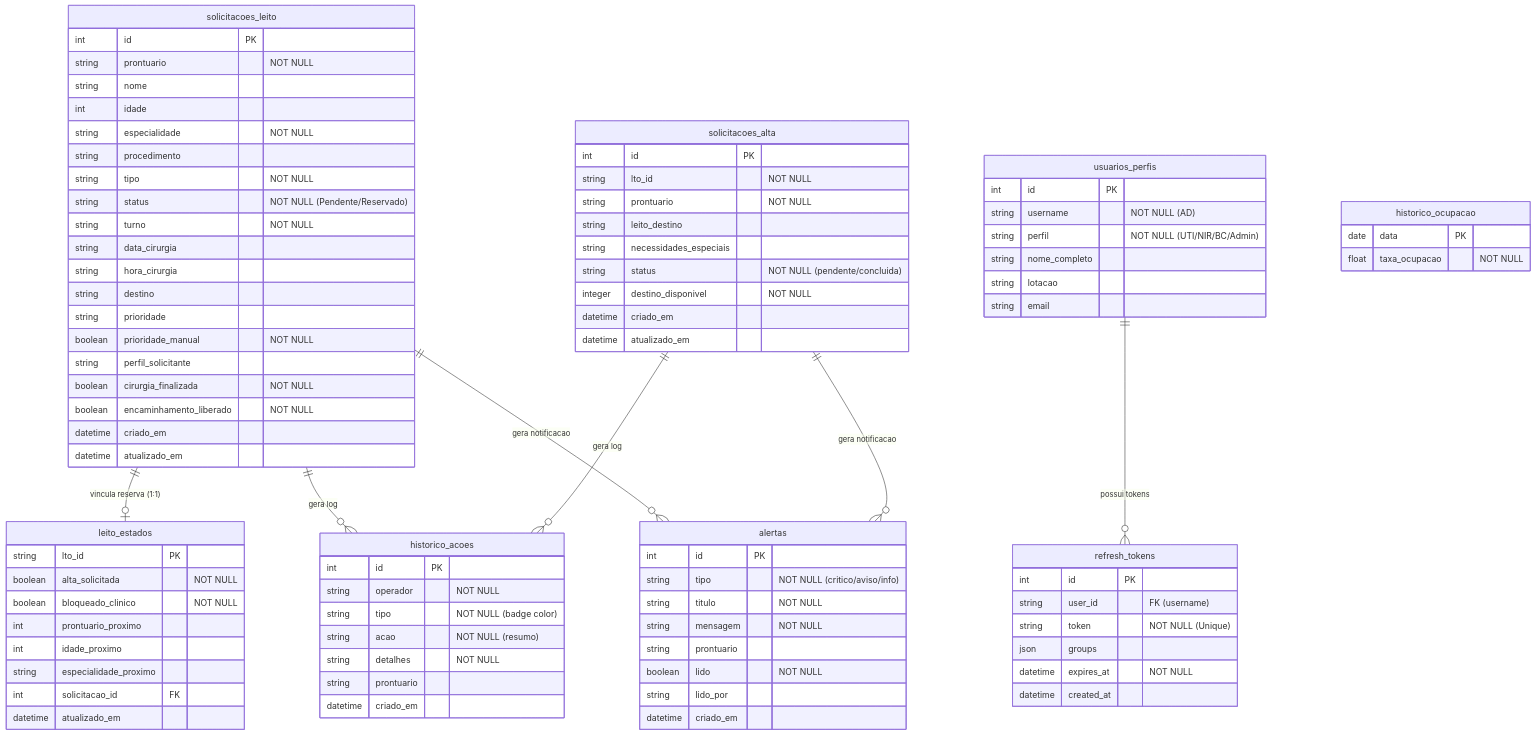
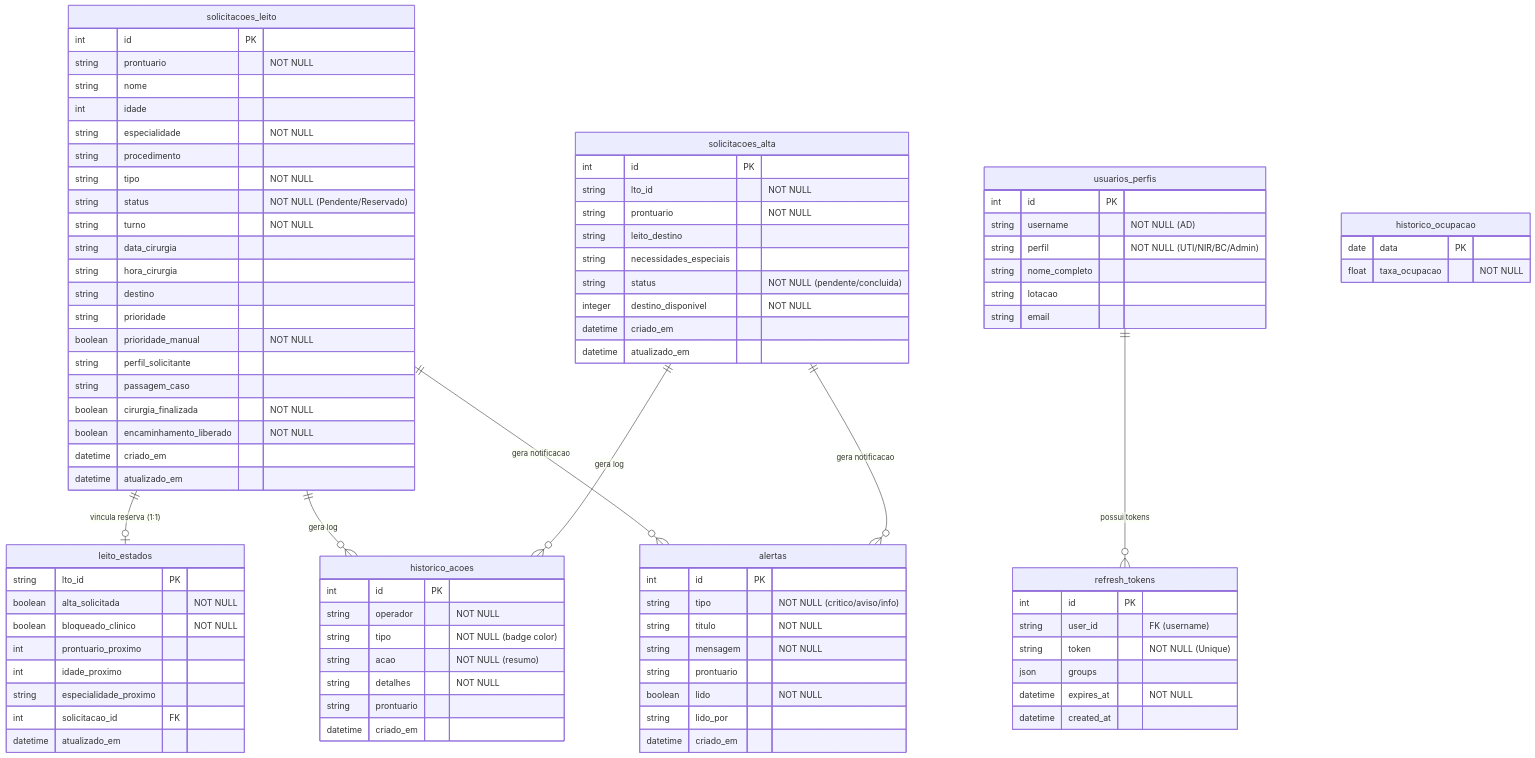
One commit to HCUFPE/hc-uti-manager changed the diagram in docs/projeto_inicial/04-modelo-dados.md. Above: the diagram before and after it, drawn with Mermaid. The commit also changed other lines of this file and 11 other files, not shown here.

```diff
--- a/docs/projeto_inicial/04-modelo-dados.md
+++ b/docs/projeto_inicial/04-modelo-dados.md
@@ -33,6 +33,7 @@
         string prioridade
         boolean prioridade_manual "NOT NULL"
         string perfil_solicitante
+        string passagem_caso
         boolean cirurgia_finalizada "NOT NULL"
         boolean encaminhamento_liberado "NOT NULL"
         datetime criado_em
```
